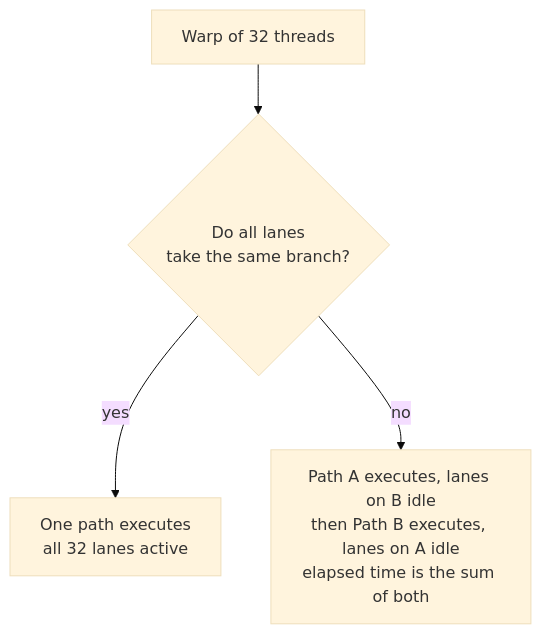
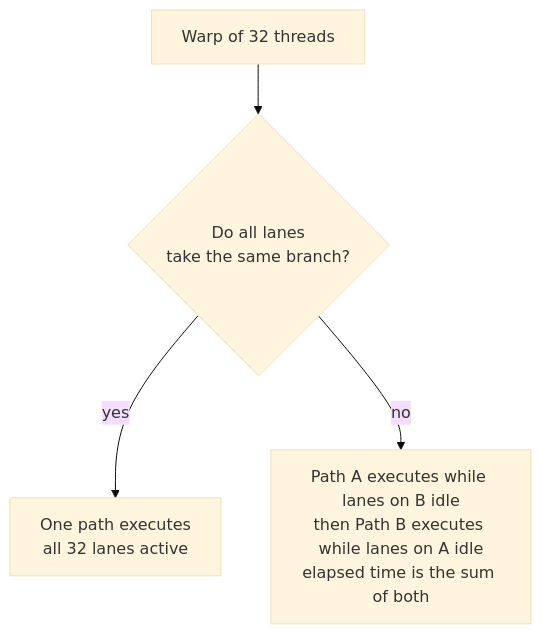
Before and after one commit to arpanpathak/cracking-the-systems-programming-interview: the first of 6 diagrams in systems_design/01-gpu-execution-model.md, drawn with Mermaid (base theme). The commit also changed other lines of this file and 5 other files, not shown here.

````diff
--- a/systems_design/01-gpu-execution-model.md
+++ b/systems_design/01-gpu-execution-model.md
@@ -38,6 +41,6 @@
 ```mermaid
 flowchart TB
     W["Warp of 32 threads"] --> Q{"Do all lanes<br/>take the same branch?"}
     Q -->|"yes"| S["One path executes<br/>all 32 lanes active"]
-    Q -->|"no"| D["Path A executes, lanes on B idle<br/>then Path B executes, lanes on A idle<br/>elapsed time is the sum of both"]
+    Q -->|"no"| D["Path A executes while lanes on B idle<br/>then Path B executes while lanes on A idle<br/>elapsed time is the sum of both"]
 ```
````
